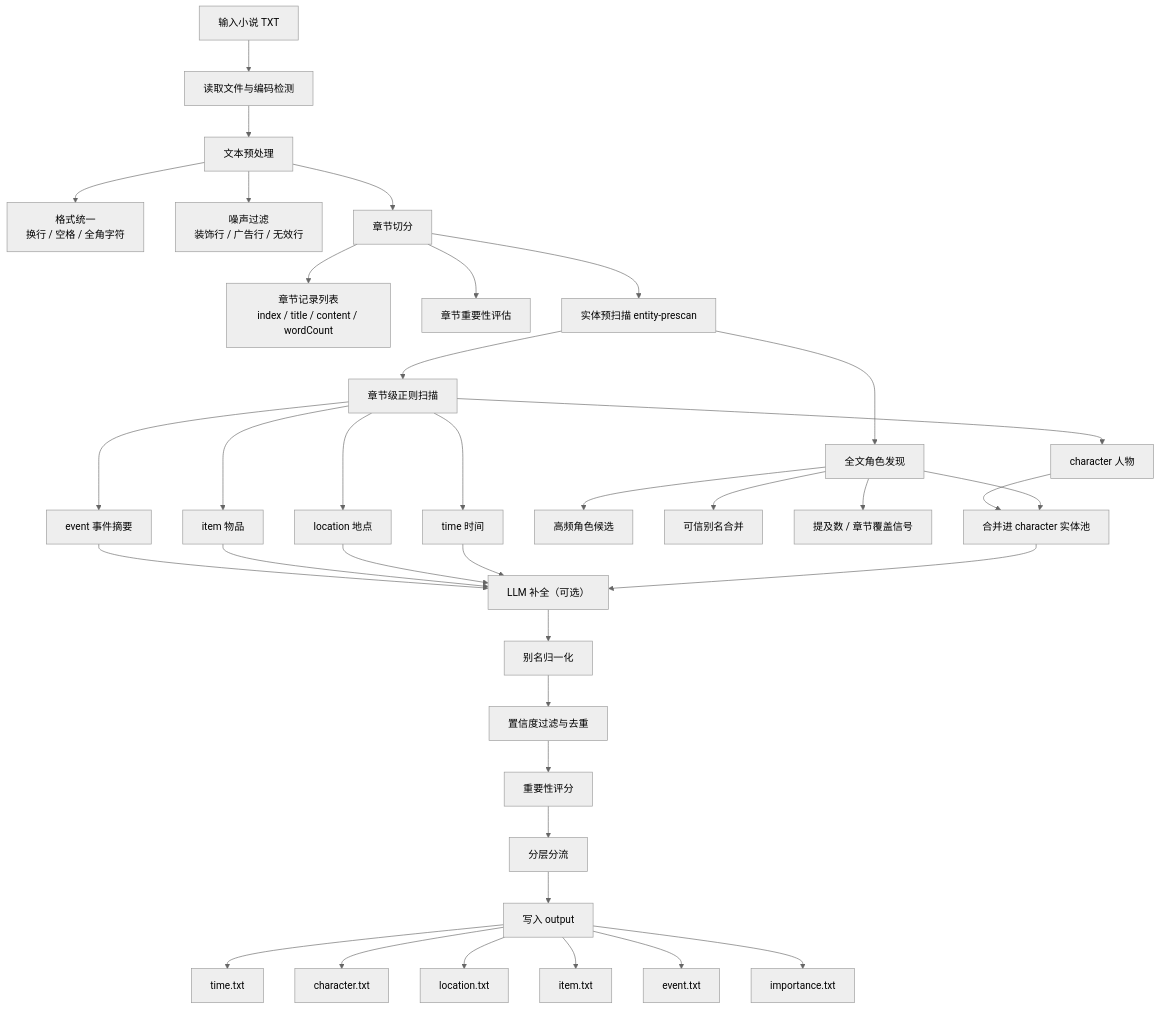
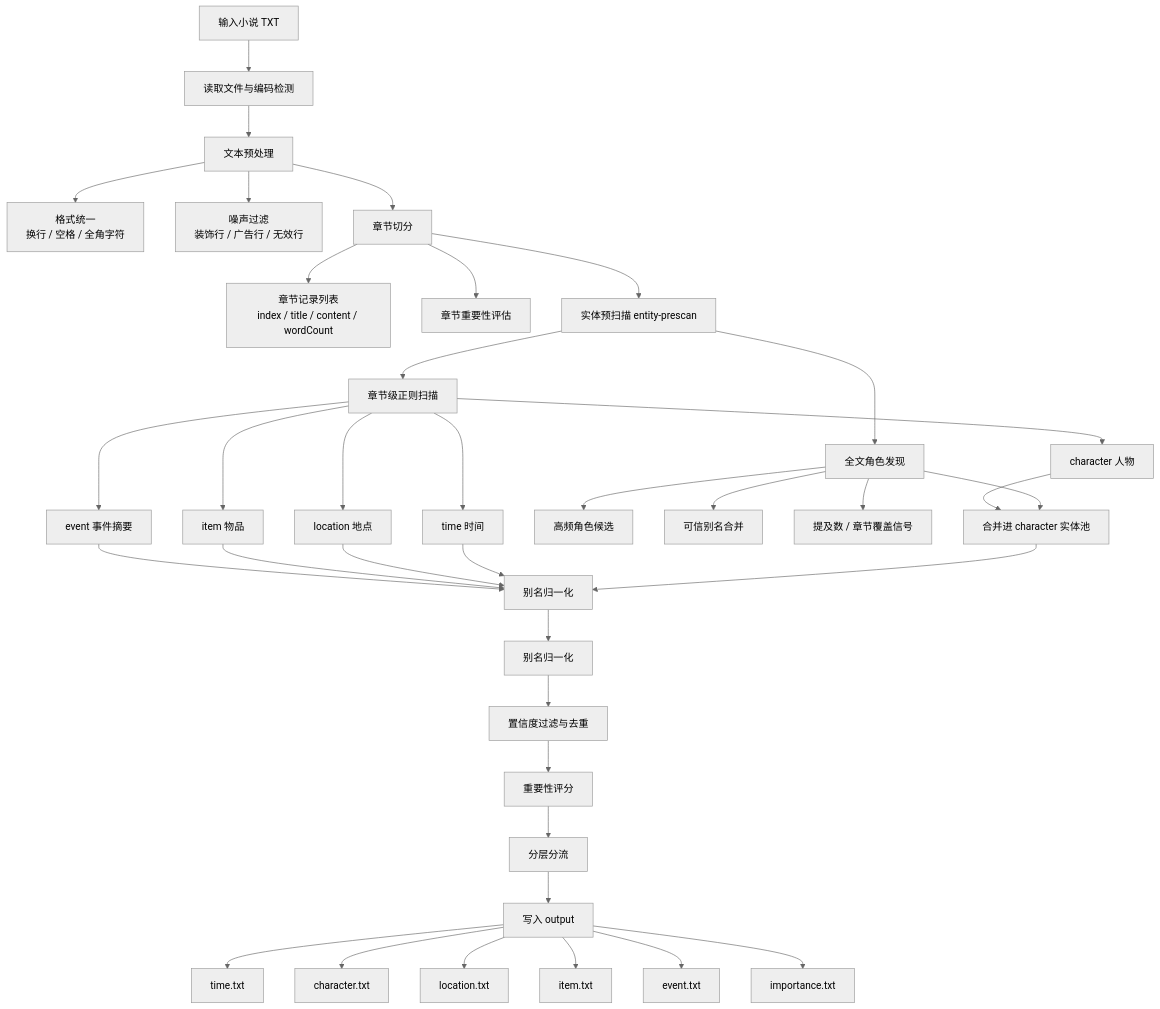
Before and after one commit to Linzeyu912/QunXiang: the first of 4 diagrams in docs/ENTITY_PRESCAN_FLOW.md, drawn with Mermaid (neutral theme). The commit also changed other lines of this file and 93 other files, not shown here.

````diff
--- a/docs/ENTITY_PRESCAN_FLOW.md
+++ b/docs/ENTITY_PRESCAN_FLOW.md
@@ -7,44 +7,44 @@
 ```mermaid
 flowchart TD
   A["输入小说 TXT"] --> B["读取文件与编码检测"]
   B --> C["文本预处理"]
   C --> C1["格式统一<br/>换行 / 空格 / 全角字符"]
   C --> C2["噪声过滤<br/>装饰行 / 广告行 / 无效行"]
   C --> D["章节切分"]
   D --> D1["章节记录列表<br/>index / title / content / wordCount"]
   D --> E["章节重要性评估"]
   D --> F["实体预扫描 entity-prescan"]
 
   F --> G["章节级正则扫描"]
   G --> G1["time 时间"]
   G --> G2["character 人物"]
   G --> G3["location 地点"]
   G --> G4["item 物品"]
   G --> G5["event 事件摘要"]
 
   F --> H["全文角色发现"]
   H --> H1["高频角色候选"]
   H --> H2["可信别名合并"]
   H --> H3["提及数 / 章节覆盖信号"]
   H --> I["合并进 character 实体池"]
   G2 --> I
 
-  I --> J["LLM 补全（可选）"]
+  I --> J["别名归一化"]
   G1 --> J
   G3 --> J
   G4 --> J
   G5 --> J
 
   J --> K["别名归一化"]
   K --> L["置信度过滤与去重"]
   L --> M["重要性评分"]
   M --> N["分层分流"]
   N --> O["写入 output"]
 
   O --> O1["time.txt"]
   O --> O2["character.txt"]
   O --> O3["location.txt"]
   O --> O4["item.txt"]
   O --> O5["event.txt"]
   O --> O6["importance.txt"]
 ```
````
